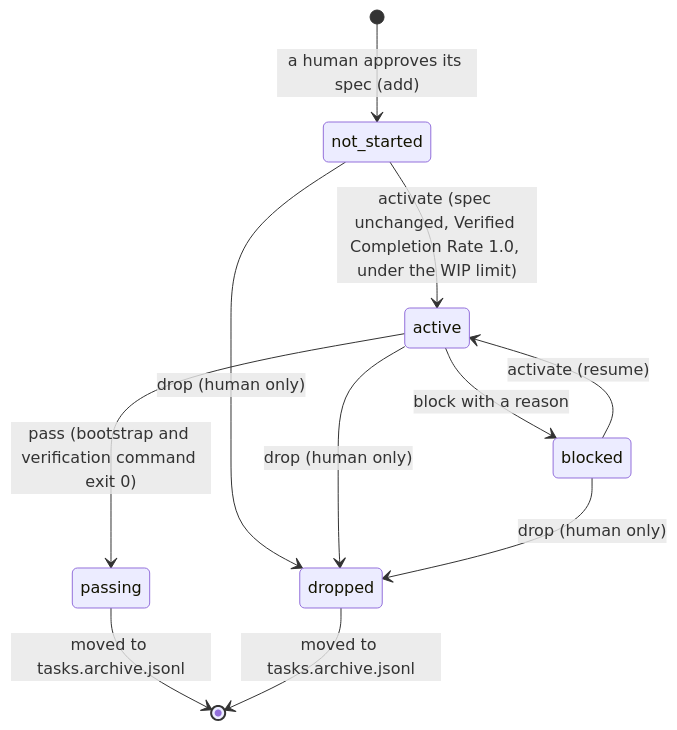
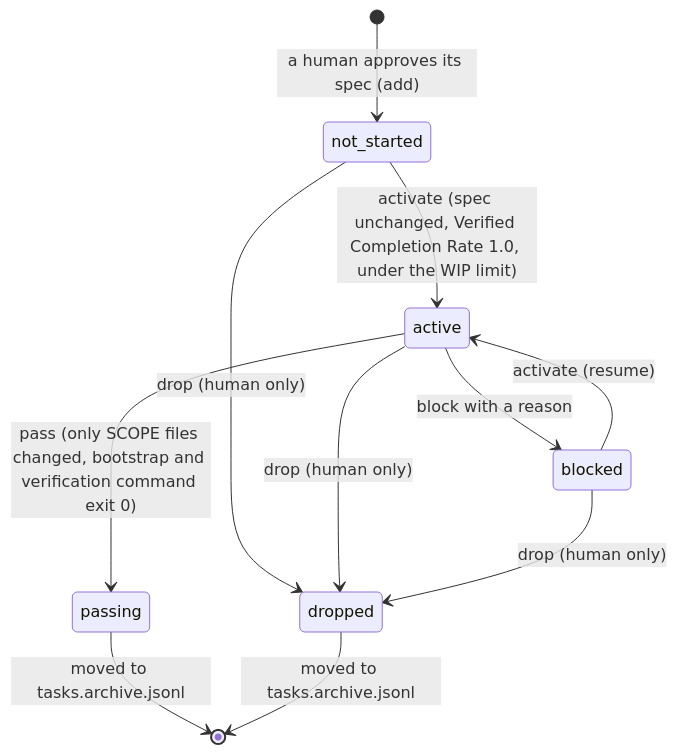
Before and after one commit to the-joy-com/joy-code: the first of 3 diagrams in README.md, drawn with Mermaid. The commit also changed other lines of this file and 5 other files, not shown here.

````diff
--- a/README.md
+++ b/README.md
@@ -71,13 +71,13 @@
 ```mermaid
 stateDiagram-v2
     [*] --> not_started: a human approves its spec (add)
     not_started --> active: activate (spec unchanged, Verified Completion Rate 1.0, under the WIP limit)
     active --> blocked: block with a reason
     blocked --> active: activate (resume)
-    active --> passing: pass (bootstrap and verification command exit 0)
+    active --> passing: pass (only SCOPE files changed, bootstrap and verification command exit 0)
     not_started --> dropped: drop (human only)
     active --> dropped: drop (human only)
     blocked --> dropped: drop (human only)
     passing --> [*]: moved to tasks.archive.jsonl
     dropped --> [*]: moved to tasks.archive.jsonl
 ```
````
